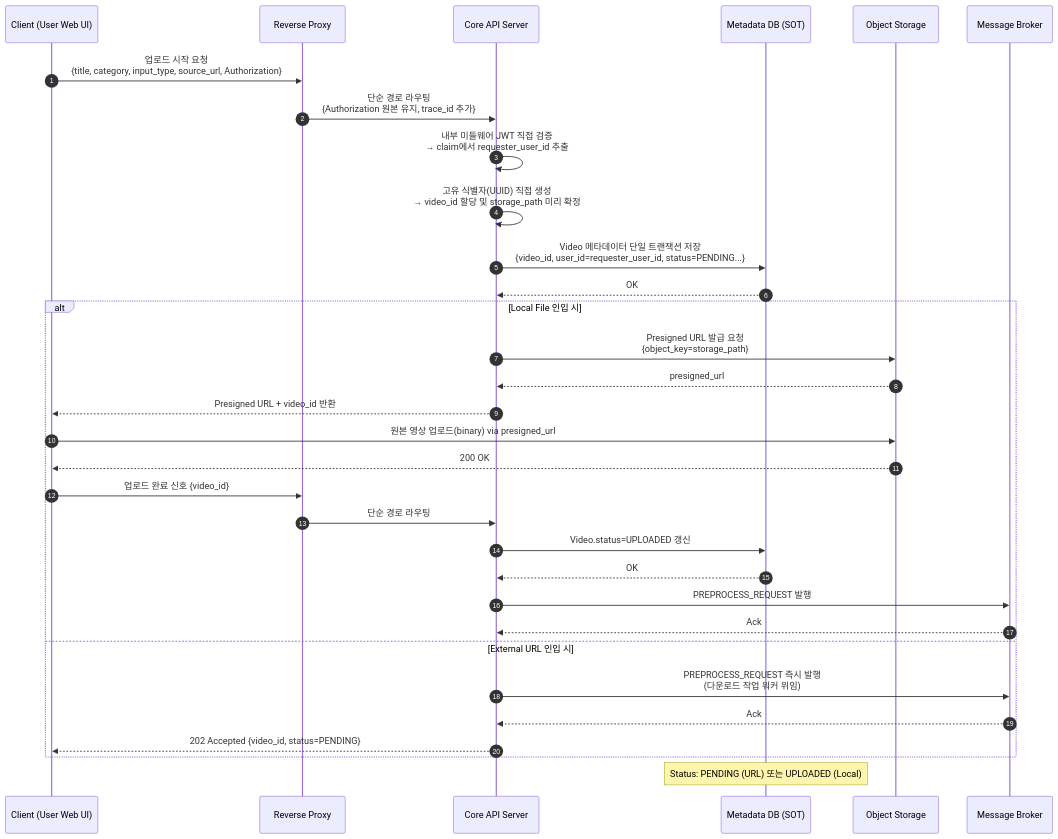
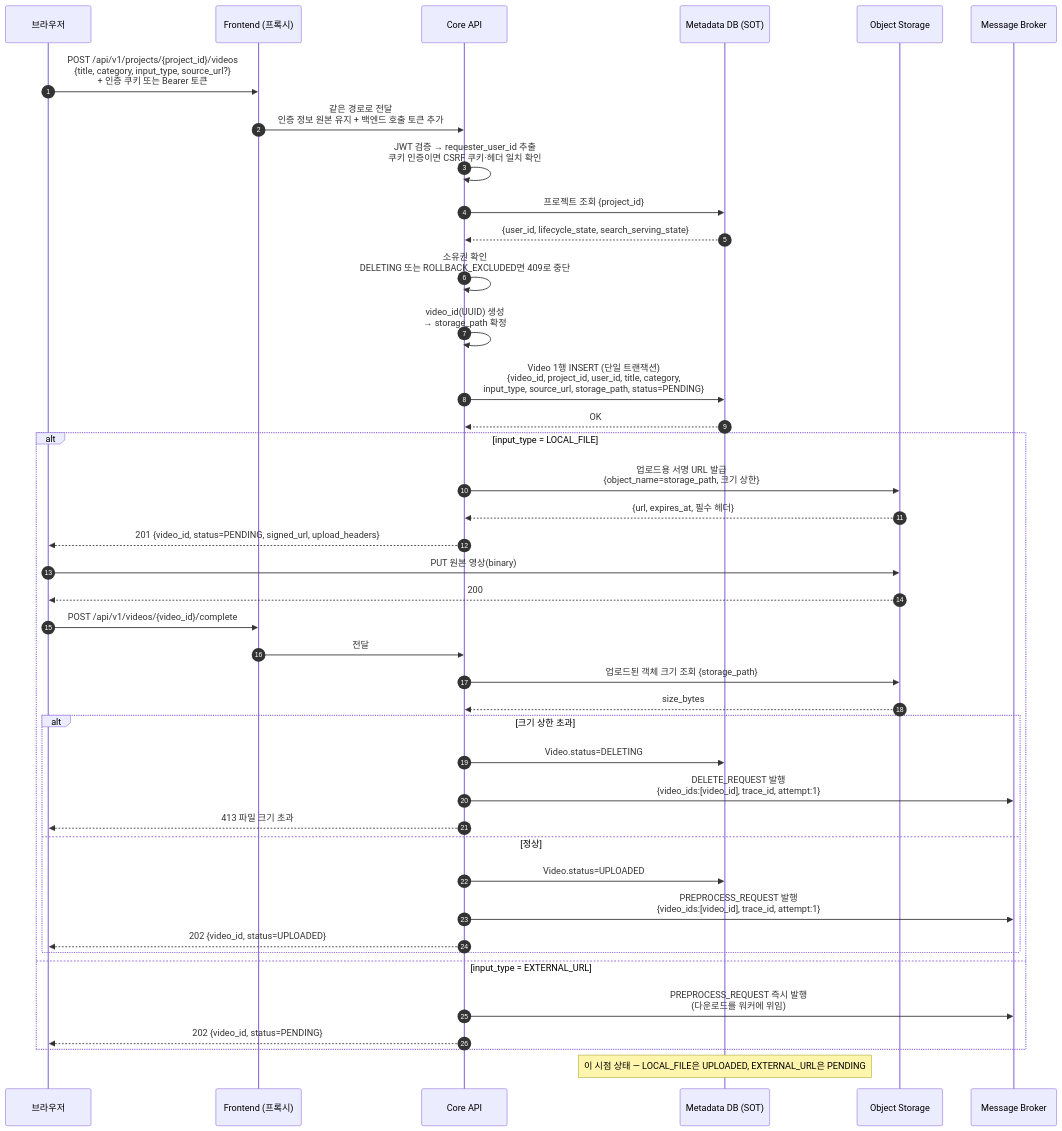
One commit to f-lab-edu/Biblio changed the first of 9 diagrams in docs/Diagram/sequence_diagram/SD_Mermaid.md. Above: the diagram before and after it, drawn with Mermaid. The commit also changed other lines of this file and 1 other file, not shown here.

Commit message:
docs(repo): 시스템 설계와 시퀀스 다이어그램을 최신화한다 (#104)

````diff
--- a/docs/Diagram/sequence_diagram/SD_Mermaid.md
+++ b/docs/Diagram/sequence_diagram/SD_Mermaid.md
@@ -3,42 +34,46 @@
 ```mermaid
 sequenceDiagram
 autonumber
-participant C as Client (User Web UI)
-participant RP as Reverse Proxy
-participant API as Core API Server
+participant C as 브라우저
+participant FE as Frontend (프록시)
+participant API as Core API
 participant DB as Metadata DB (SOT)
 participant OS as Object Storage
 participant MQ as Message Broker
 
-C->>RP: 업로드 시작 요청<br/>{title, category, input_type, source_url, Authorization}
-RP->>API: 단순 경로 라우팅<br/>{Authorization 원본 유지, trace_id 추가}
-API->>API: 내부 미들웨어 JWT 직접 검증<br/>→ claim에서 requester_user_id 추출
-
-API->>API: 고유 식별자(UUID) 직접 생성<br/>→ video_id 할당 및 storage_path 미리 확정
-
-API->>DB: Video 메타데이터 단일 트랜잭션 저장<br/>{video_id, user_id=requester_user_id, status=PENDING...}
+C->>FE: POST /api/v1/projects/{project_id}/videos<br/>{title, category, input_type, source_url?}<br/>+ 인증 쿠키 또는 Bearer 토큰
+FE->>API: 같은 경로로 전달<br/>인증 정보 원본 유지 + 백엔드 호출 토큰 추가
+API->>API: JWT 검증 → requester_user_id 추출<br/>쿠키 인증이면 CSRF 쿠키·헤더 일치 확인
+API->>DB: 프로젝트 조회 {project_id}
+DB-->>API: {user_id, lifecycle_state, search_serving_state}
+API->>API: 소유권 확인<br/>DELETING 또는 ROLLBACK_EXCLUDED면 409로 중단
+API->>API: video_id(UUID) 생성<br/>→ storage_path 확정
+API->>DB: Video 1행 INSERT (단일 트랜잭션)<br/>{video_id, project_id, user_id, title, category,<br/>input_type, source_url, storage_path, status=PENDING}
 DB-->>API: OK
 
-alt Local File 인입 시
-    API->>OS: Presigned URL 발급 요청<br/>{object_key=storage_path}
-    OS-->>API: presigned_url
-    API-->>C: Presigned URL + video_id 반환
-    
-    C->>OS: 원본 영상 업로드(binary) via presigned_url
-    OS-->>C: 200 OK
-    
-    C->>RP: 업로드 완료 신호 {video_id}
-    RP->>API: 단순 경로 라우팅
-    API->>DB: Video.status=UPLOADED 갱신
-    DB-->>API: OK
-    
-    API->>MQ: PREPROCESS_REQUEST 발행
-    MQ-->>API: Ack
-else External URL 인입 시
-    API->>MQ: PREPROCESS_REQUEST 즉시 발행<br/>(다운로드 작업 워커 위임)
-    MQ-->>API: Ack
-    API-->>C: 202 Accepted {video_id, status=PENDING}
+alt input_type = LOCAL_FILE
+    API->>OS: 업로드용 서명 URL 발급<br/>{object_name=storage_path, 크기 상한}
+    OS-->>API: {url, expires_at, 필수 헤더}
+    API-->>C: 201 {video_id, status=PENDING, signed_url, upload_headers}
+    C->>OS: PUT 원본 영상(binary)
+    OS-->>C: 200
+    C->>FE: POST /api/v1/videos/{video_id}/complete
+    FE->>API: 전달
+    API->>OS: 업로드된 객체 크기 조회 {storage_path}
+    OS-->>API: size_bytes
+    alt 크기 상한 초과
+        API->>DB: Video.status=DELETING
+        API->>MQ: DELETE_REQUEST 발행<br/>{video_ids:[video_id], trace_id, attempt:1}
+        API-->>C: 413 파일 크기 초과
+    else 정상
+        API->>DB: Video.status=UPLOADED
+        API->>MQ: PREPROCESS_REQUEST 발행<br/>{video_ids:[video_id], trace_id, attempt:1}
+        API-->>C: 202 {video_id, status=UPLOADED}
+    end
+else input_type = EXTERNAL_URL
+    API->>MQ: PREPROCESS_REQUEST 즉시 발행<br/>(다운로드를 워커에 위임)
+    API-->>C: 202 {video_id, status=PENDING}
 end
 
-Note over DB: Status: PENDING (URL) 또는 UPLOADED (Local)
+Note over DB: 이 시점 상태 — LOCAL_FILE은 UPLOADED, EXTERNAL_URL은 PENDING
 ```
````
